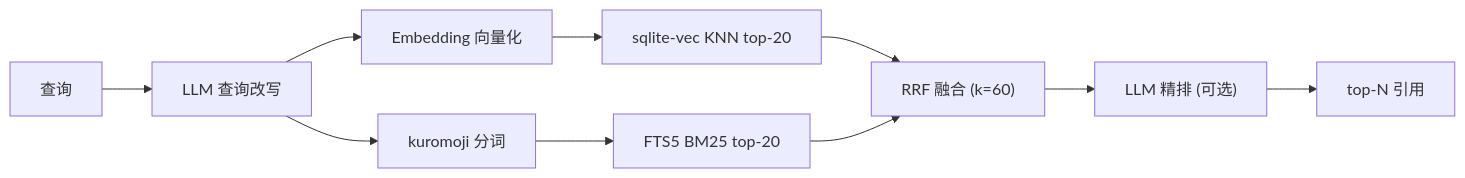
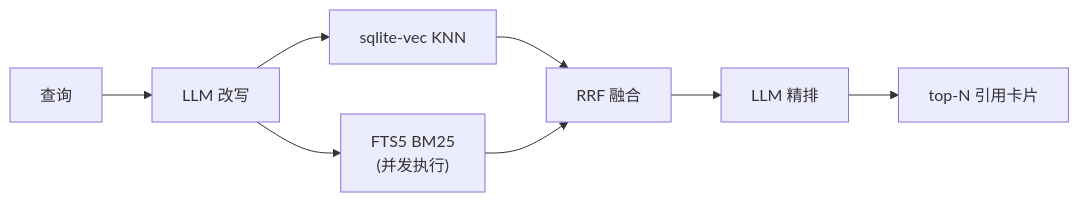
One commit to yuaiccc/japanese-verb-master changed the second of 2 diagrams in README.md. Above: the diagram before and after it, drawn with Mermaid. The commit also changed other lines of this file, not shown here.

````diff
--- a/README.md
+++ b/README.md
@@ -108,10 +61,6 @@
 ```mermaid
 flowchart LR
-  Q["查询"] --> RW["LLM 查询改写"]
-  RW --> EMB["Embedding 向量化"] --> VEC["sqlite-vec KNN top-20"]
-  RW --> TOK["kuromoji 分词"] --> FTS["FTS5 BM25 top-20"]
-  VEC --> RRF["RRF 融合 (k=60)"]
-  FTS --> RRF
-  RRF --> RR["LLM 精排 (可选)"]
-  RR --> TOP["top-N 引用"]
+  Q["查询"] --> RW["LLM 改写"]
+  RW --> V["sqlite-vec KNN"] & B["FTS5 BM25<br/>(并发执行)"]
+  V & B --> F["RRF 融合"] --> RR["LLM 精排"] --> OUT["top-N 引用卡片"]
 ```
````
